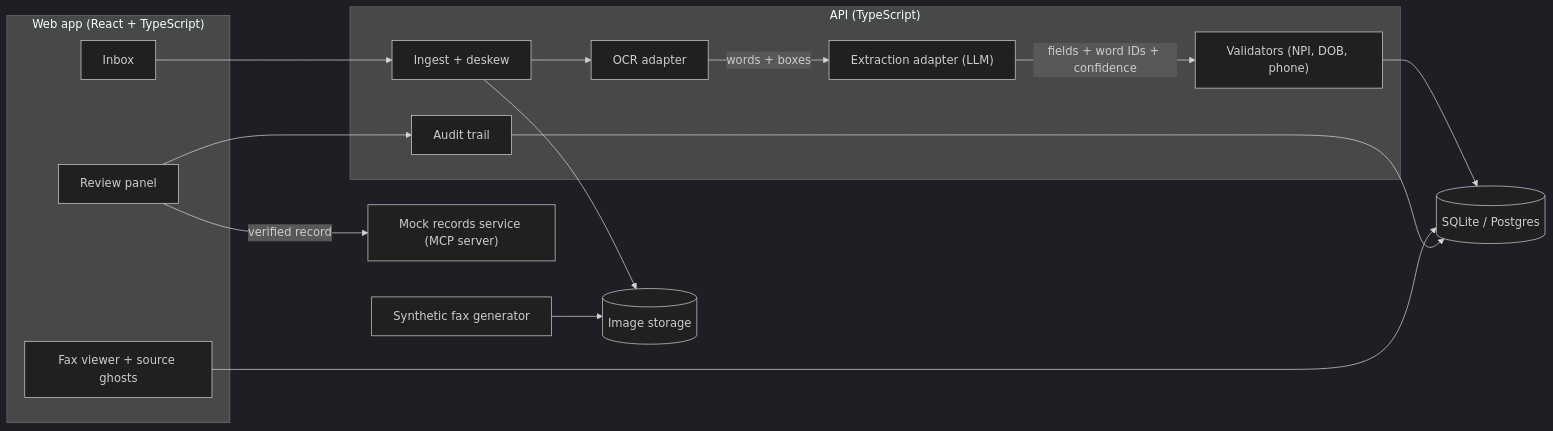
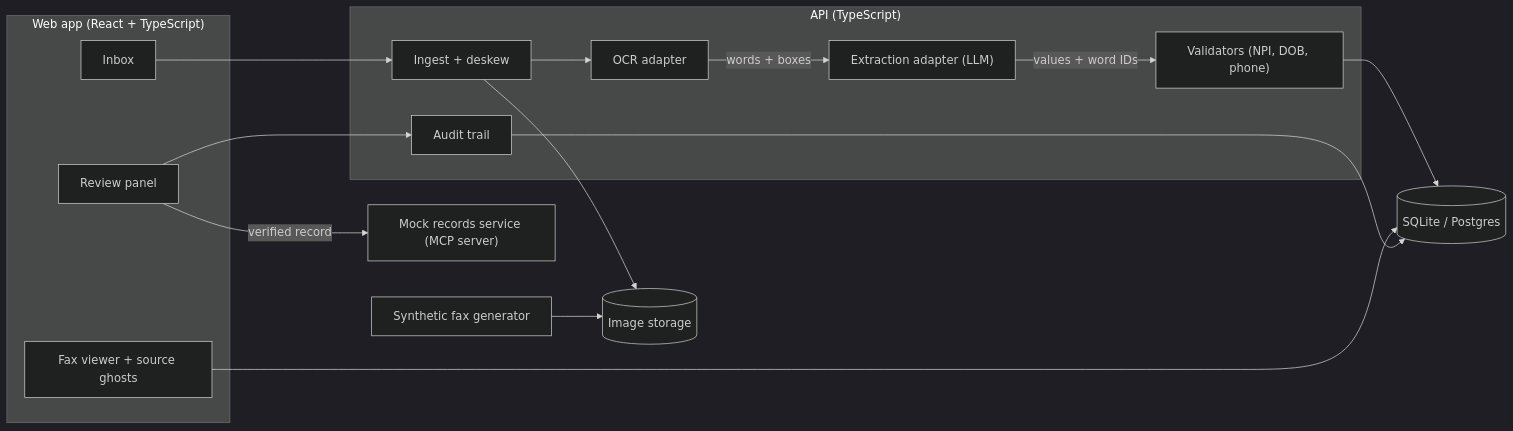
One commit to topmember-build/facsimortis changed the diagram in .kiro/specs/facsimortis/design.md. Above: the diagram before and after it, drawn with Mermaid (dark theme). The commit also changed other lines of this file and 1 other file, not shown here.

````diff
--- a/.kiro/specs/facsimortis/design.md
+++ b/.kiro/specs/facsimortis/design.md
@@ -7,33 +7,33 @@
 ```mermaid
 flowchart LR
   subgraph Client["Web app (React + TypeScript)"]
     Inbox["Inbox"]
     Viewer["Fax viewer + source ghosts"]
     Review["Review panel"]
   end
 
   subgraph Server["API (TypeScript)"]
     Ingest["Ingest + deskew"]
     OCR["OCR adapter"]
     Extract["Extraction adapter (LLM)"]
     Validate["Validators (NPI, DOB, phone)"]
     Audit["Audit trail"]
   end
 
   DB[("SQLite / Postgres")]
   Store[("Image storage")]
   Gen["Synthetic fax generator"]
   Mock["Mock records service (MCP server)"]
 
   Inbox --> Ingest
   Gen --> Store
   Ingest --> Store
   Ingest --> OCR
   OCR -->|"words + boxes"| Extract
-  Extract -->|"fields + word IDs + confidence"| Validate
+  Extract -->|"values + word IDs"| Validate
   Validate --> DB
   Viewer --> DB
   Review --> Audit
   Audit --> DB
   Review -->|"verified record"| Mock
 ```
````
